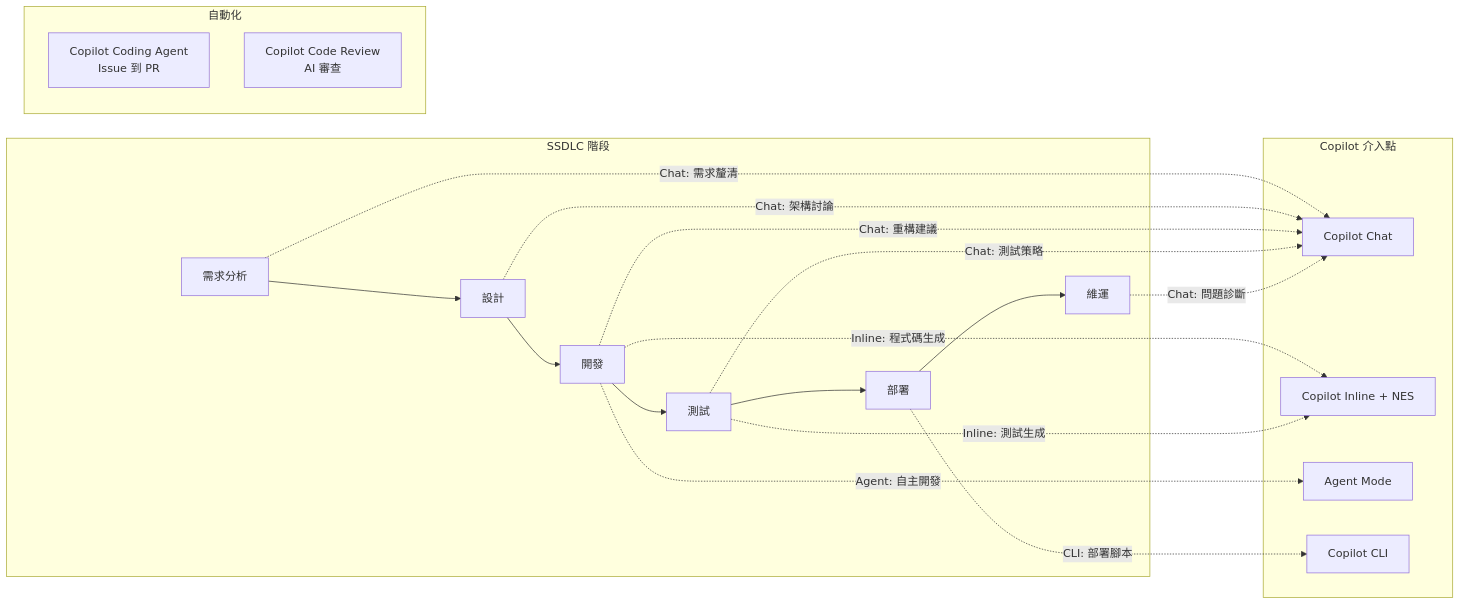
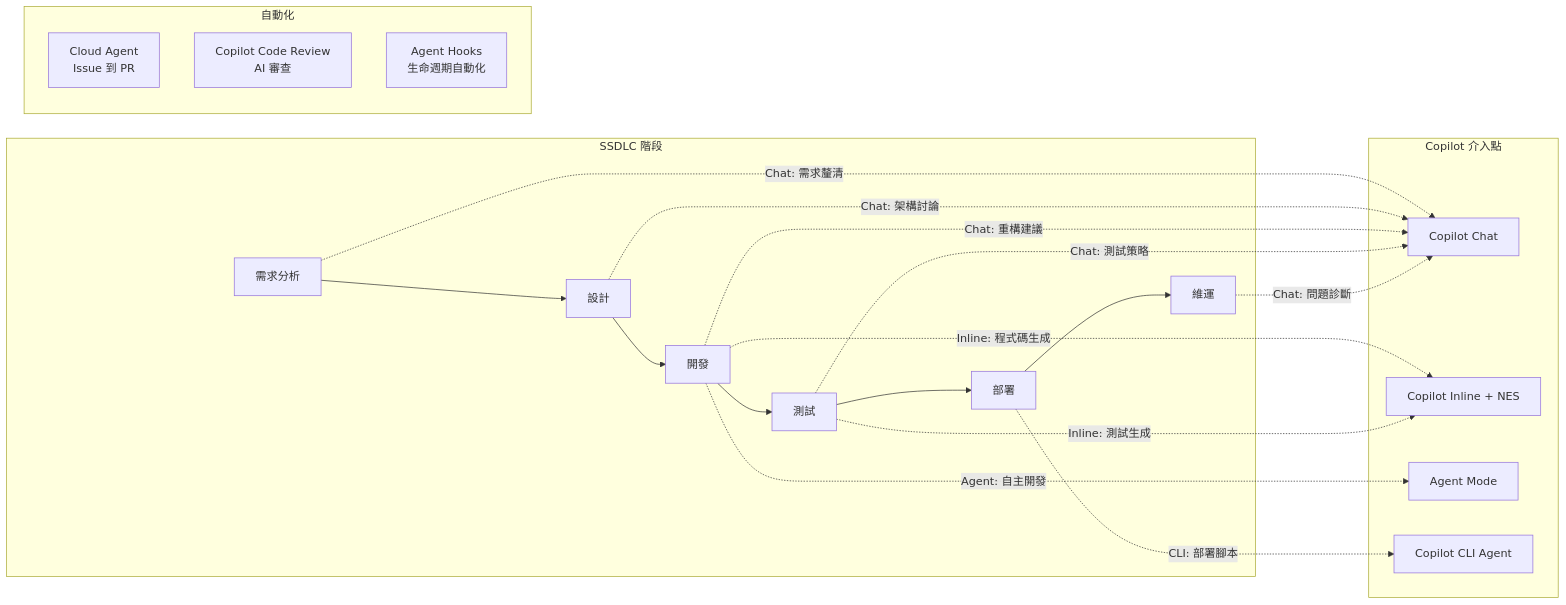
The second of 20 diagrams in content/posts/教學/AI開發/github copilot生態圈教學手冊.md (chihhung/Blog), drawn with Mermaid before and after one commit. The commit also changed other lines of this file and 2 other files, not shown here.

````diff
--- a/content/posts/教學/AI開發/github copilot生態圈教學手冊.md
+++ b/content/posts/教學/AI開發/github copilot生態圈教學手冊.md
@@ -190,27 +213,28 @@
 ```mermaid
 flowchart LR
     subgraph "SSDLC 階段"
         A[需求分析] --> B[設計]
         B --> C[開發]
         C --> D[測試]
         D --> E[部署]
         E --> F[維運]
     end
     
     subgraph "Copilot 介入點"
         A -.->|Chat: 需求釐清| G[Copilot Chat]
         B -.->|Chat: 架構討論| G
         C -.->|Inline: 程式碼生成| H[Copilot Inline + NES]
         C -.->|Agent: 自主開發| I[Agent Mode]
         C -.->|Chat: 重構建議| G
         D -.->|Inline: 測試生成| H
         D -.->|Chat: 測試策略| G
-        E -.->|CLI: 部署腳本| J[Copilot CLI]
+        E -.->|CLI: 部署腳本| J[Copilot CLI Agent]
         F -.->|Chat: 問題診斷| G
     end
     
     subgraph "自動化"
-        K[Copilot Coding Agent<br/>Issue 到 PR]
+        K[Cloud Agent<br/>Issue 到 PR]
         L[Copilot Code Review<br/>AI 審查]
+        M2[Agent Hooks<br/>生命週期自動化]
     end
 ```
````
